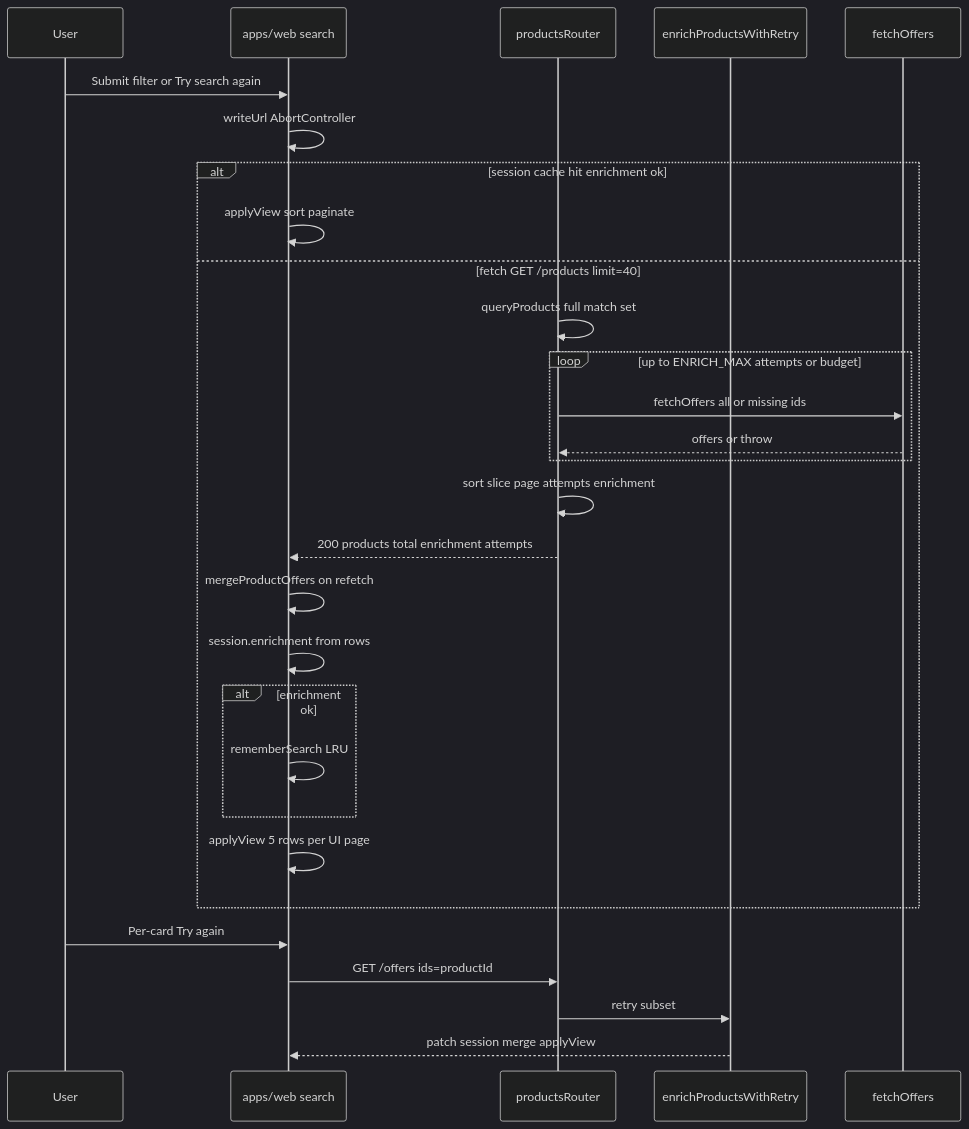
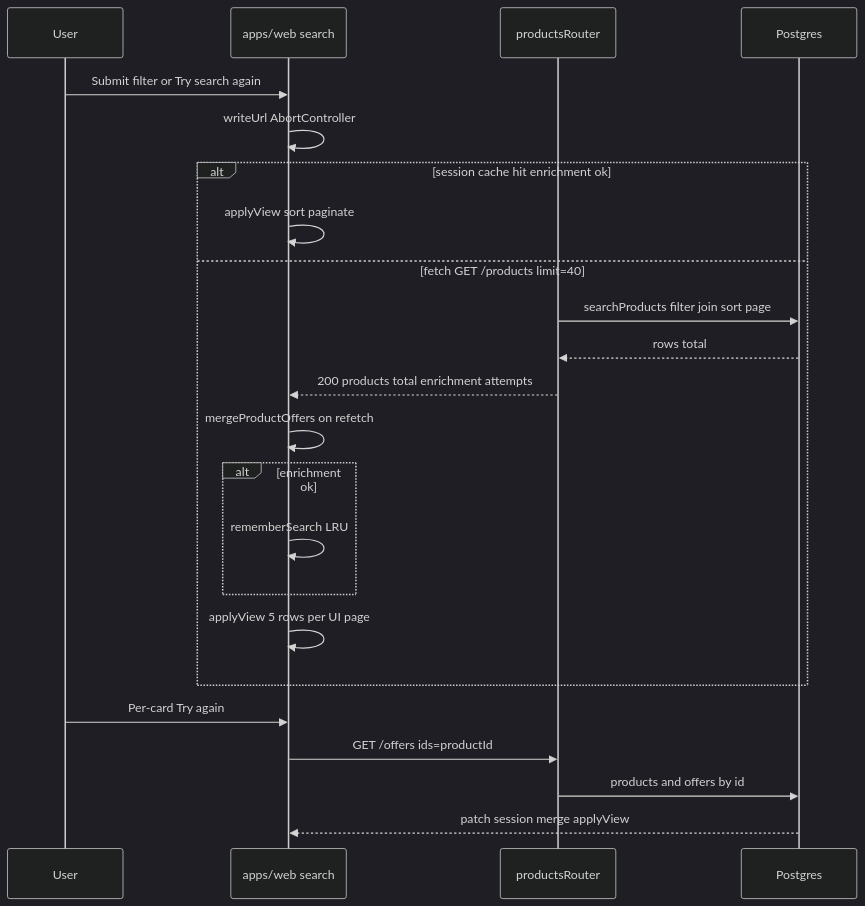
Before and after one commit to Karabo-Seipelo/MrD: the diagram in SOLUTION.md, drawn with Mermaid (dark theme). The commit also changed other lines of this file and 18 other files, not shown here.

````diff
--- a/SOLUTION.md
+++ b/SOLUTION.md
@@ -9,32 +9,26 @@
 ```mermaid
 sequenceDiagram
   participant User
   participant Page as apps/web search
   participant API as productsRouter
-  participant Enrich as enrichProductsWithRetry
-  participant Upstream as fetchOffers
+  participant Db as Postgres
 
   User->>Page: Submit filter or Try search again
   Page->>Page: writeUrl AbortController
   alt session cache hit enrichment ok
     Page->>Page: applyView sort paginate
   else fetch GET /products limit=40
-    API->>API: queryProducts full match set
-    loop up to ENRICH_MAX attempts or budget
-      API->>Upstream: fetchOffers all or missing ids
-      Upstream-->>API: offers or throw
-    end
-    API->>API: sort slice page attempts enrichment
+    API->>Db: searchProducts filter join sort page
+    Db-->>API: rows total
     API-->>Page: 200 products total enrichment attempts
     Page->>Page: mergeProductOffers on refetch
-    Page->>Page: session.enrichment from rows
     alt enrichment ok
       Page->>Page: rememberSearch LRU
     end
     Page->>Page: applyView 5 rows per UI page
   end
   User->>Page: Per-card Try again
   Page->>API: GET /offers ids=productId
-  API->>Enrich: retry subset
-  Enrich-->>Page: patch session merge applyView
+  API->>Db: products and offers by id
+  Db-->>Page: patch session merge applyView
 ```
````
